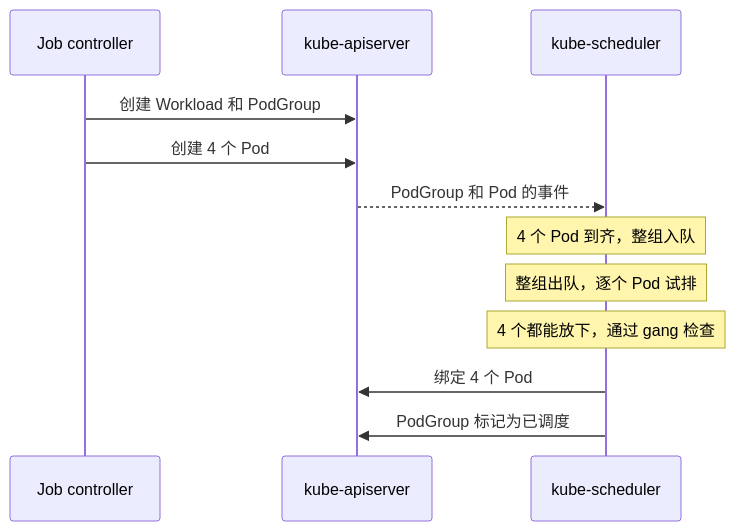
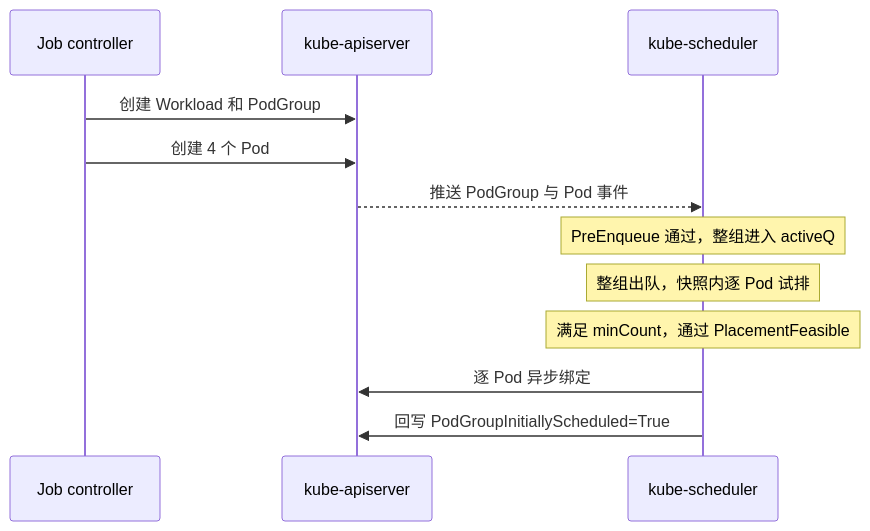
The third of 11 diagrams in docs/research/k8s-workload-aware-scheduling-vs-volcano-cn.md (JesseStutler/volcano), drawn with Mermaid before and after one commit. The commit also changed other lines of this file and 1 other file, not shown here.

````diff
--- a/docs/research/k8s-workload-aware-scheduling-vs-volcano-cn.md
+++ b/docs/research/k8s-workload-aware-scheduling-vs-volcano-cn.md
@@ -258,15 +155,15 @@
 ```mermaid
 sequenceDiagram
     participant C as Job controller
     participant A as kube-apiserver
     participant S as kube-scheduler
 
     C->>A: 创建 Workload 和 PodGroup
     C->>A: 创建 4 个 Pod
-    A-->>S: PodGroup 和 Pod 的事件
-    Note over S: 4 个 Pod 到齐，整组入队
-    Note over S: 整组出队，逐个 Pod 试排
-    Note over S: 4 个都能放下，通过 gang 检查
-    S->>A: 绑定 4 个 Pod
-    S->>A: PodGroup 标记为已调度
+    A-->>S: 推送 PodGroup 与 Pod 事件
+    Note over S: PreEnqueue 通过，整组进入 activeQ
+    Note over S: 整组出队，快照内逐 Pod 试排
+    Note over S: 满足 minCount，通过 PlacementFeasible
+    S->>A: 逐 Pod 异步绑定
+    S->>A: 回写 PodGroupInitiallyScheduled=True
 ```
````
